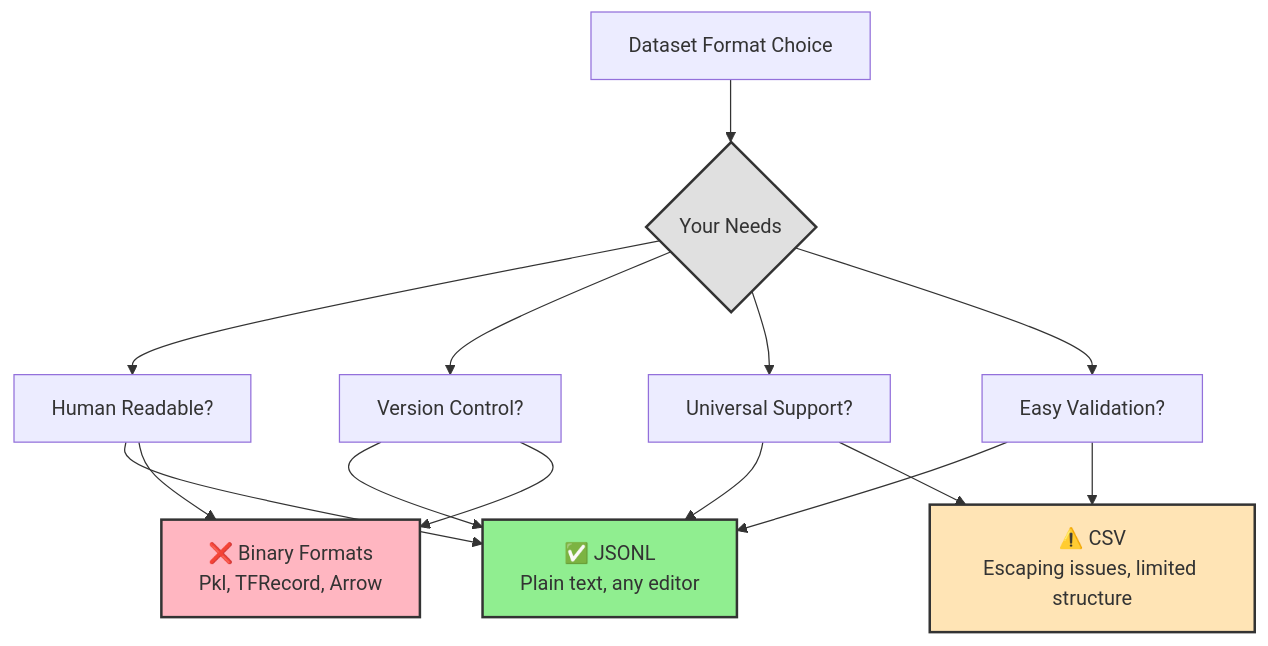
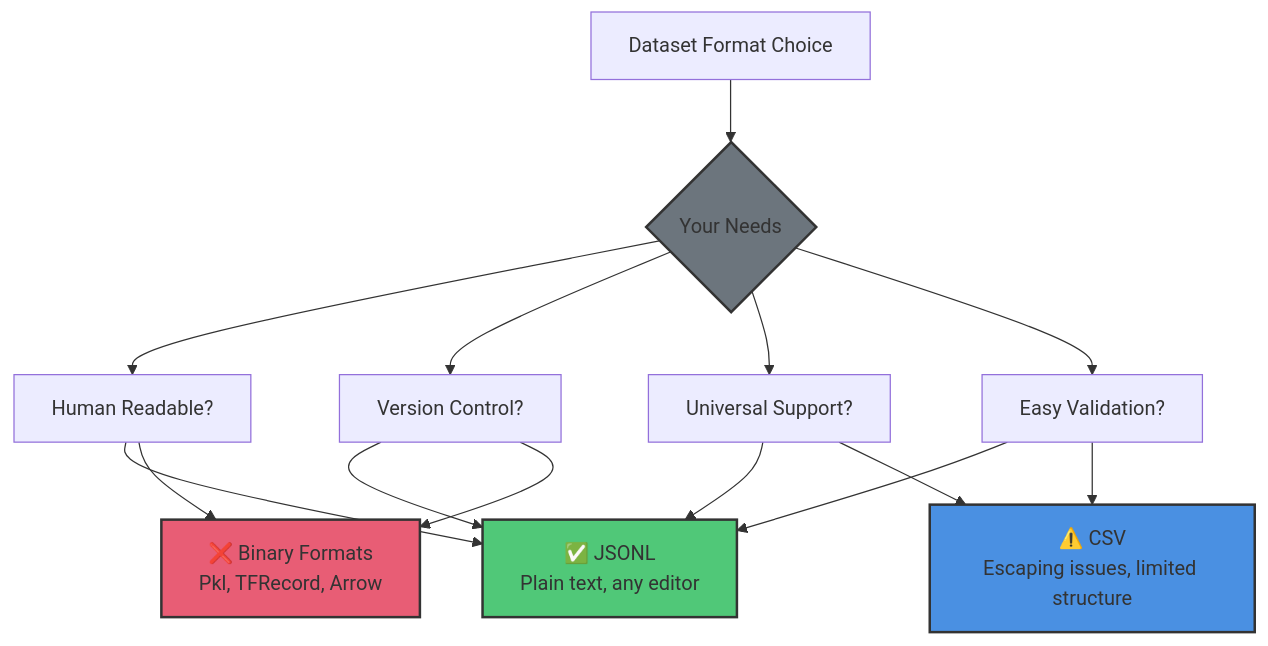
One commit to tenstorrent/tt-vscode-toolkit changed the first of 3 diagrams in content/lessons/ct2-dataset-fundamentals.md. Above: the diagram before and after it, drawn with Mermaid. The commit also changed other lines of this file and 9 other files, not shown here.

````diff
--- a/content/lessons/ct2-dataset-fundamentals.md
+++ b/content/lessons/ct2-dataset-fundamentals.md
@@ -85,24 +85,24 @@
 ```mermaid
 graph TD
     A[Dataset Format Choice] --> B{Your Needs}
 
     B --> C[Human Readable?]
     B --> D[Version Control?]
     B --> E[Universal Support?]
     B --> F[Easy Validation?]
 
     C --> G[✅ JSONL<br/>Plain text, any editor]
     D --> G
     E --> G
     F --> G
 
     C --> H[❌ Binary Formats<br/>Pkl, TFRecord, Arrow]
     D --> H
     E --> I[⚠️ CSV<br/>Escaping issues, limited structure]
     F --> I
 
-    style G fill:#90EE90,stroke:#333,stroke-width:2px
-    style H fill:#FFB6C1,stroke:#333,stroke-width:2px
-    style I fill:#FFE4B5,stroke:#333,stroke-width:2px
-    style B fill:#E0E0E0,stroke:#333,stroke-width:2px
+    style G fill:#50C878,stroke:#333,stroke-width:2px
+    style H fill:#E85D75,stroke:#333,stroke-width:2px
+    style I fill:#4A90E2,stroke:#333,stroke-width:2px
+    style B fill:#6C757D,stroke:#333,stroke-width:2px
 ```
````
